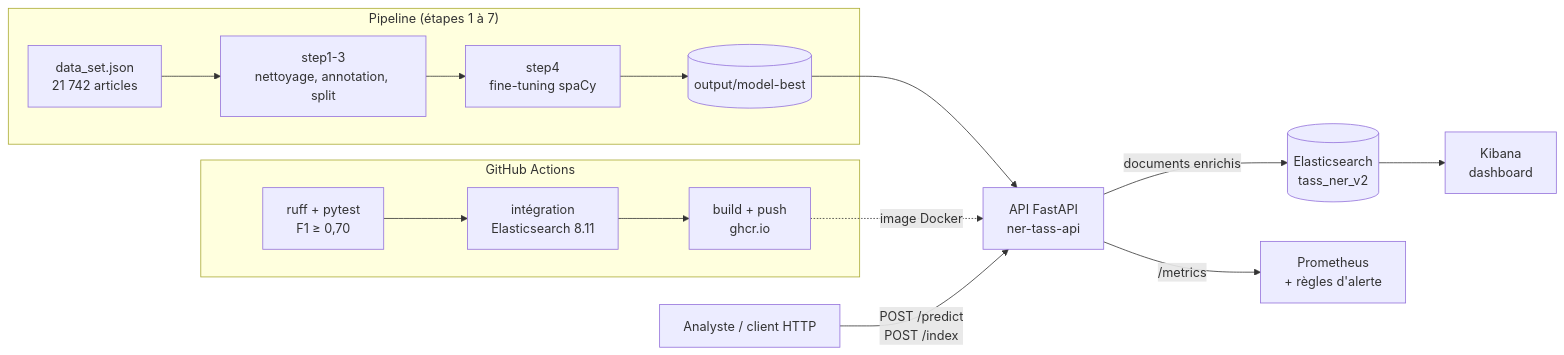
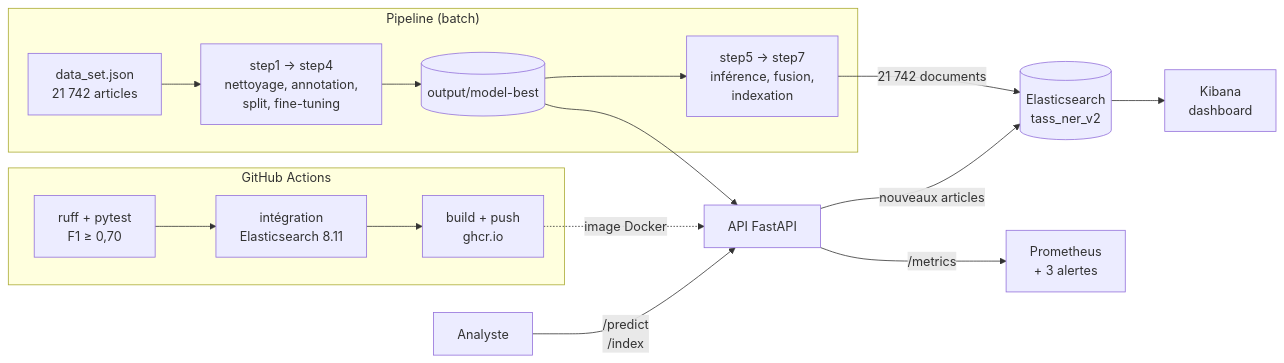
Before and after one commit to Thierry-Daconceicao-Alvares/projet_ner: the diagram in README.md, drawn with Mermaid. The commit also changed other lines of this file and 2 other files, not shown here.

First line of the commit message:
README réécrit : pipeline, API, CI/CD, monitoring et mise à jour du modèle

````diff
--- a/README.md
+++ b/README.md
@@ -232,18 +51,19 @@
 ```mermaid
 flowchart LR
-    subgraph Entrainement["Pipeline (étapes 1 à 7)"]
-        A[data_set.json<br/>21 742 articles] --> B[step1-3<br/>nettoyage, annotation, split]
-        B --> C[step4<br/>fine-tuning spaCy]
-        C --> M[(output/model-best)]
+    subgraph Pipeline["Pipeline (batch)"]
+        A[data_set.json<br/>21 742 articles] --> B[step1 → step4<br/>nettoyage, annotation,<br/>split, fine-tuning]
+        B --> M[(output/model-best)]
+        M --> C[step5 → step7<br/>inférence, fusion,<br/>indexation]
     end
     subgraph CI["GitHub Actions"]
         T1[ruff + pytest<br/>F1 ≥ 0,70] --> T2[intégration<br/>Elasticsearch 8.11]
         T2 --> T3[build + push<br/>ghcr.io]
     end
+    C -->|21 742 documents| ES[(Elasticsearch<br/>tass_ner_v2)]
     M --> API
     T3 -. image Docker .-> API
-    U[Analyste / client HTTP] -->|POST /predict<br/>POST /index| API[API FastAPI<br/>ner-tass-api]
-    API -->|documents enrichis| ES[(Elasticsearch<br/>tass_ner_v2)]
+    U[Analyste] -->|/predict<br/>/index| API[API FastAPI]
+    API -->|nouveaux articles| ES
     ES --> K[Kibana<br/>dashboard]
-    API -->|/metrics| P[Prometheus<br/>+ règles d'alerte]
+    API -->|/metrics| P[Prometheus<br/>+ 3 alertes]
 ```
````
